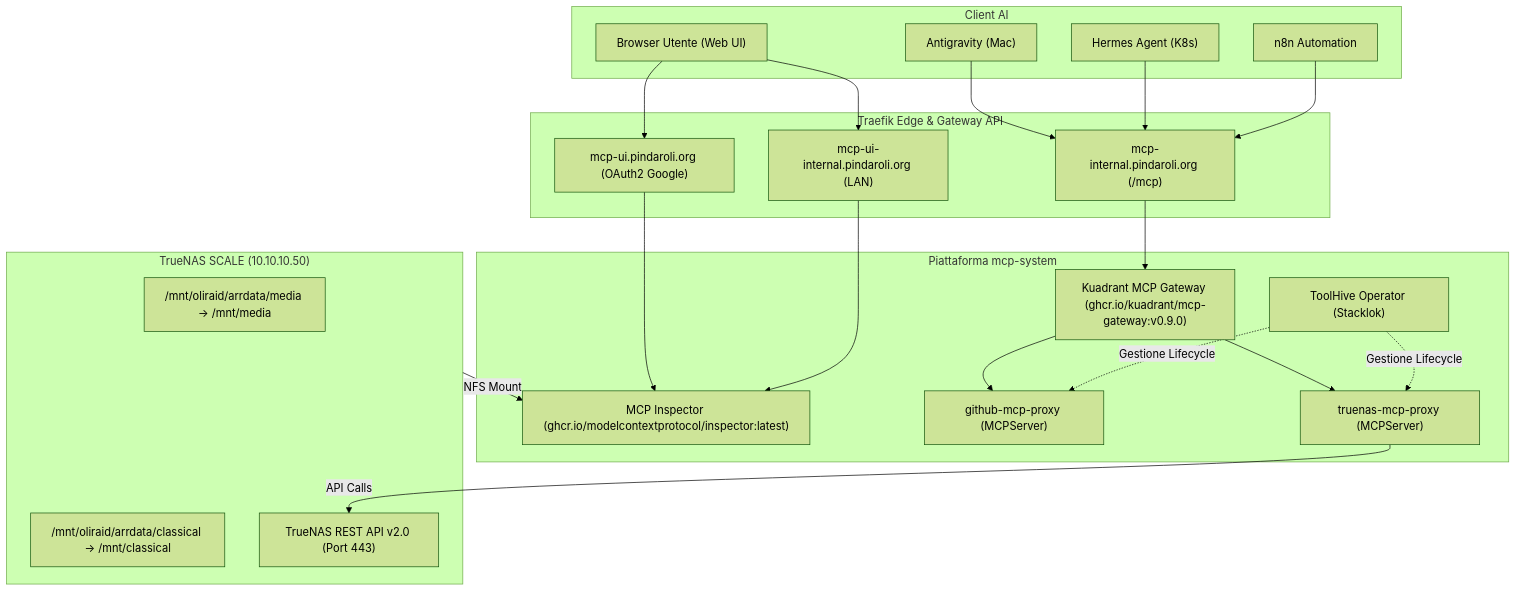
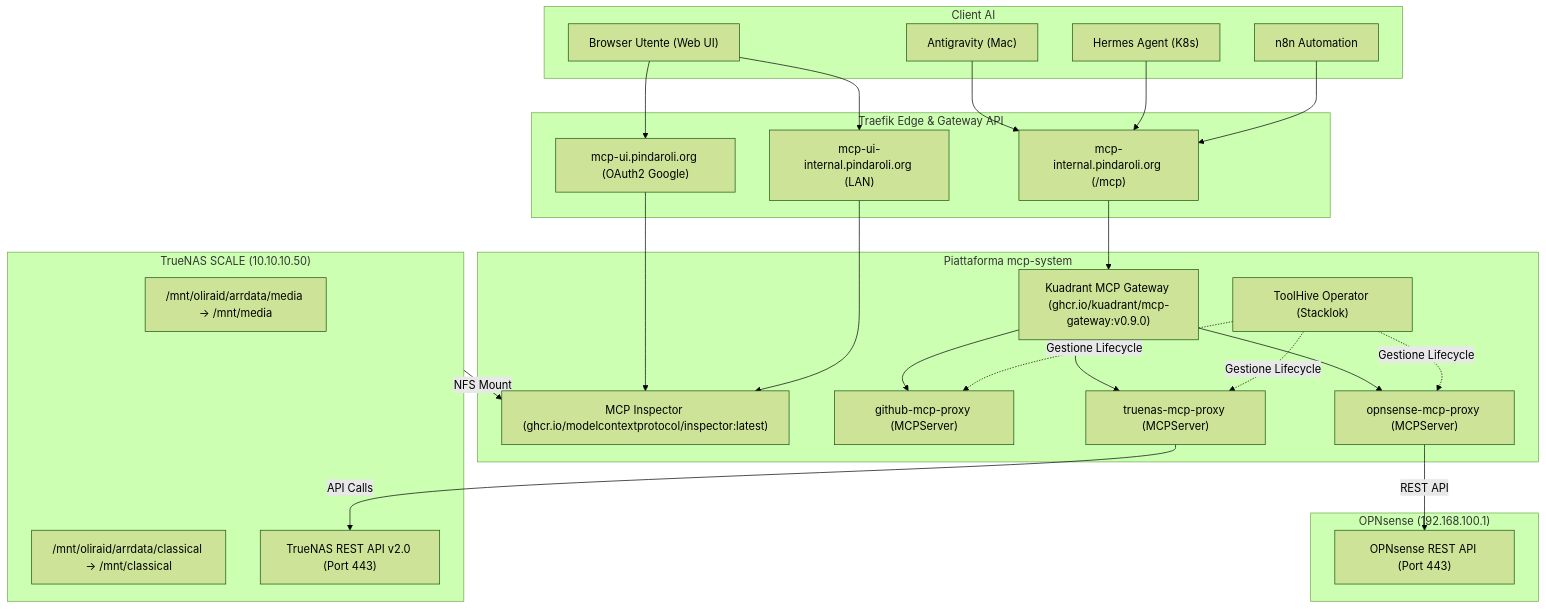
Before and after one commit to pindaroli/k8s-lab: the diagram in wiki/entities/MCP_Platform.md, drawn with Mermaid (forest theme). The commit also changed other lines of this file and 6 other files, not shown here.

Commit message:
feat(mcp): complete opnsense-mcp kubernetes migration via ToolHive and Traefik IngressRoute

````diff
--- a/wiki/entities/MCP_Platform.md
+++ b/wiki/entities/MCP_Platform.md
@@ -31,36 +31,42 @@
 ```mermaid
 flowchart TD
     subgraph Client["Client AI"]
         AG["Antigravity (Mac)"]
         HA["Hermes Agent (K8s)"]
         N8N["n8n Automation"]
         USER["Browser Utente (Web UI)"]
     end
 
     subgraph Edge["Traefik Edge & Gateway API"]
         TR_EXT["mcp-ui.pindaroli.org (OAuth2 Google)"]
         TR_INT["mcp-ui-internal.pindaroli.org (LAN)"]
         GW_INT["mcp-internal.pindaroli.org (/mcp)"]
     end
 
     subgraph Core["Piattaforma mcp-system"]
         INSP["MCP Inspector (ghcr.io/modelcontextprotocol/inspector:latest)"]
         ROUTER["Kuadrant MCP Gateway (ghcr.io/kuadrant/mcp-gateway:v0.9.0)"]
         TH["ToolHive Operator (Stacklok)"]
         GH["github-mcp-proxy (MCPServer)"]
         TN["truenas-mcp-proxy (MCPServer)"]
+        OPN["opnsense-mcp-proxy (MCPServer)"]
     end
 
     subgraph Storage["TrueNAS SCALE (10.10.10.50)"]
         NFS_MED["/mnt/oliraid/arrdata/media -> /mnt/media"]
         NFS_CLA["/mnt/oliraid/arrdata/classical -> /mnt/classical"]
         API_TN["TrueNAS REST API v2.0 (Port 443)"]
     end
 
+    subgraph Firewall["OPNsense (192.168.100.1)"]
+        API_OPN["OPNsense REST API (Port 443)"]
+    end
+
     USER --> TR_EXT & TR_INT --> INSP
     AG & HA & N8N --> GW_INT --> ROUTER
-    ROUTER --> GH & TN
-    TH -.->|Gestione Lifecycle| GH & TN
+    ROUTER --> GH & TN & OPN
+    TH -.->|Gestione Lifecycle| GH & TN & OPN
     TN -->|API Calls| API_TN
+    OPN -->|REST API| API_OPN
     Storage -->|NFS Mount| INSP
 ```
````
